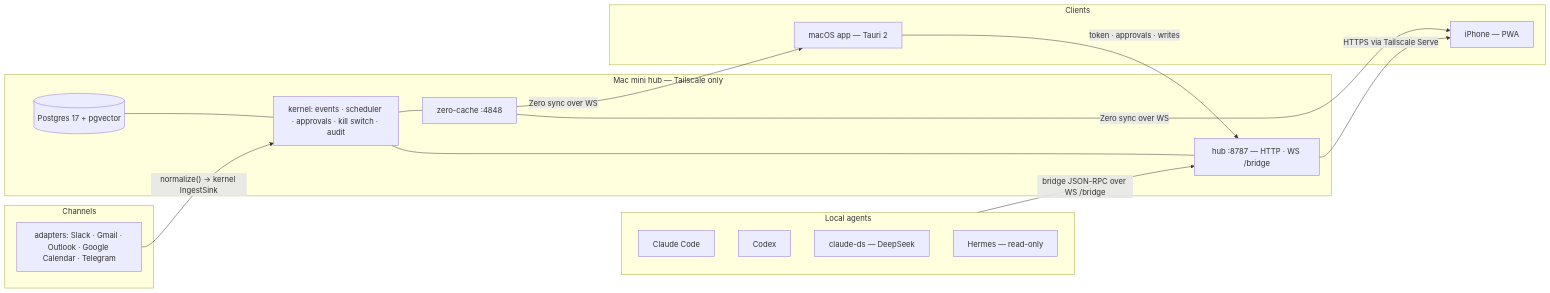
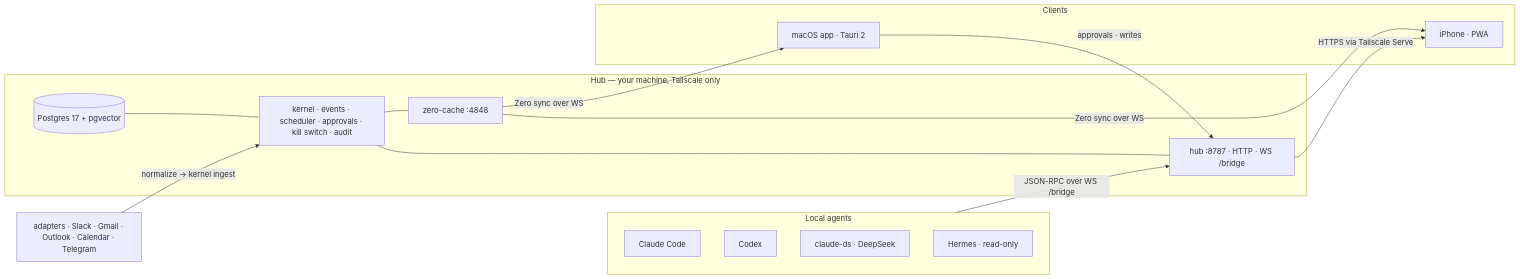
Before and after one commit to immensus-team/omnis: the diagram in README.md, drawn with Mermaid. The commit also changed other lines of this file, not shown here.

Commit message:
docs: README in the Hermes-Agent shape — paired badges, one dense pitch, feature grid

````diff
--- a/README.md
+++ b/README.md
@@ -63,35 +47,33 @@
 ```mermaid
 flowchart LR
-  subgraph mini["Mac mini hub — Tailscale only"]
+  subgraph mini["Hub — your machine, Tailscale only"]
     PG[("Postgres 17 + pgvector")]
-    K["kernel: events · scheduler · approvals · kill switch · audit"]
+    K["kernel · events · scheduler · approvals · kill switch · audit"]
     Z["zero-cache :4848"]
-    H["hub :8787 — HTTP · WS /bridge"]
+    H["hub :8787 · HTTP · WS /bridge"]
     PG --- K
     K --- Z
     K --- H
   end
 
   subgraph clients["Clients"]
-    M["macOS app — Tauri 2"]
-    P["iPhone — PWA"]
+    M["macOS app · Tauri 2"]
+    P["iPhone · PWA"]
   end
 
   subgraph agents["Local agents"]
     CC["Claude Code"]
     CX["Codex"]
-    DS["claude-ds — DeepSeek"]
-    HM["Hermes — read-only"]
+    DS["claude-ds · DeepSeek"]
+    HM["Hermes · read-only"]
   end
 
-  subgraph channels["Channels"]
-    A["adapters: Slack · Gmail · Outlook · Google Calendar · Telegram"]
-  end
+  A["adapters · Slack · Gmail · Outlook · Calendar · Telegram"]
 
   Z -->|"Zero sync over WS"| M
   Z -->|"Zero sync over WS"| P
   H -->|"HTTPS via Tailscale Serve"| P
-  M -->|"token · approvals · writes"| H
-  agents -->|"bridge JSON-RPC over WS /bridge"| H
-  A -->|"normalize() → kernel IngestSink"| K
+  M -->|"approvals · writes"| H
+  agents -->|"JSON-RPC over WS /bridge"| H
+  A -->|"normalize → kernel ingest"| K
 ```
````
